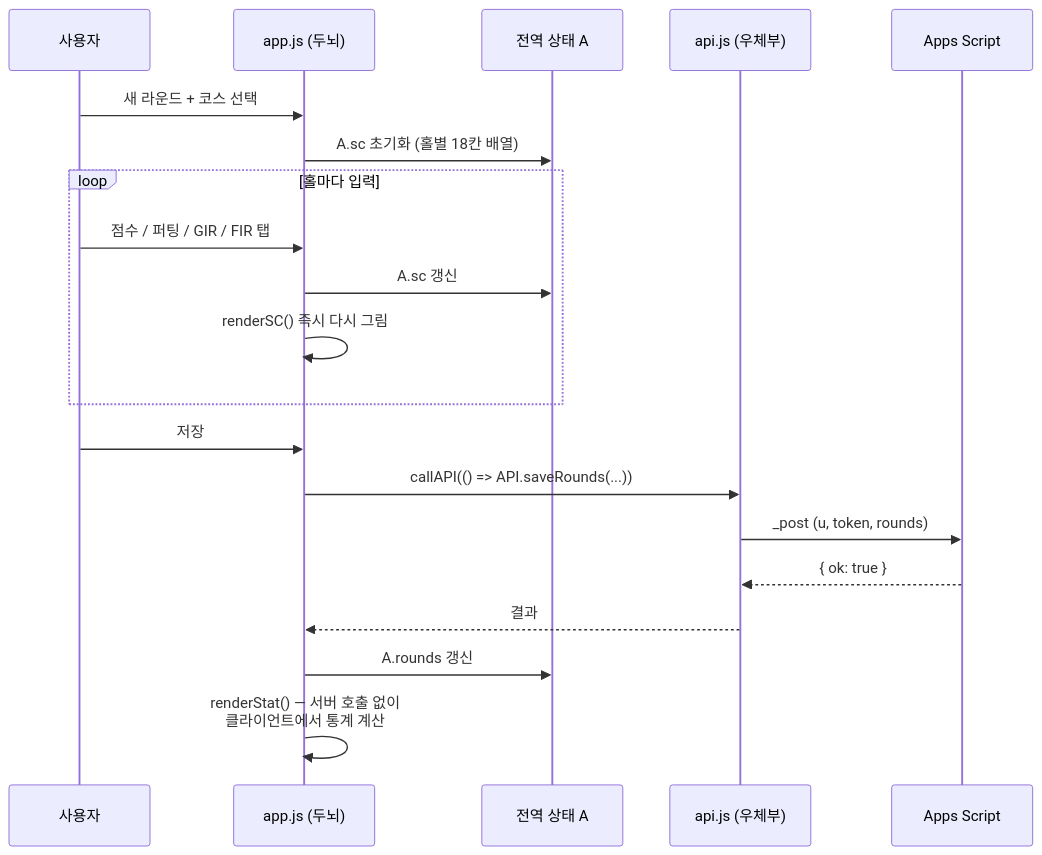
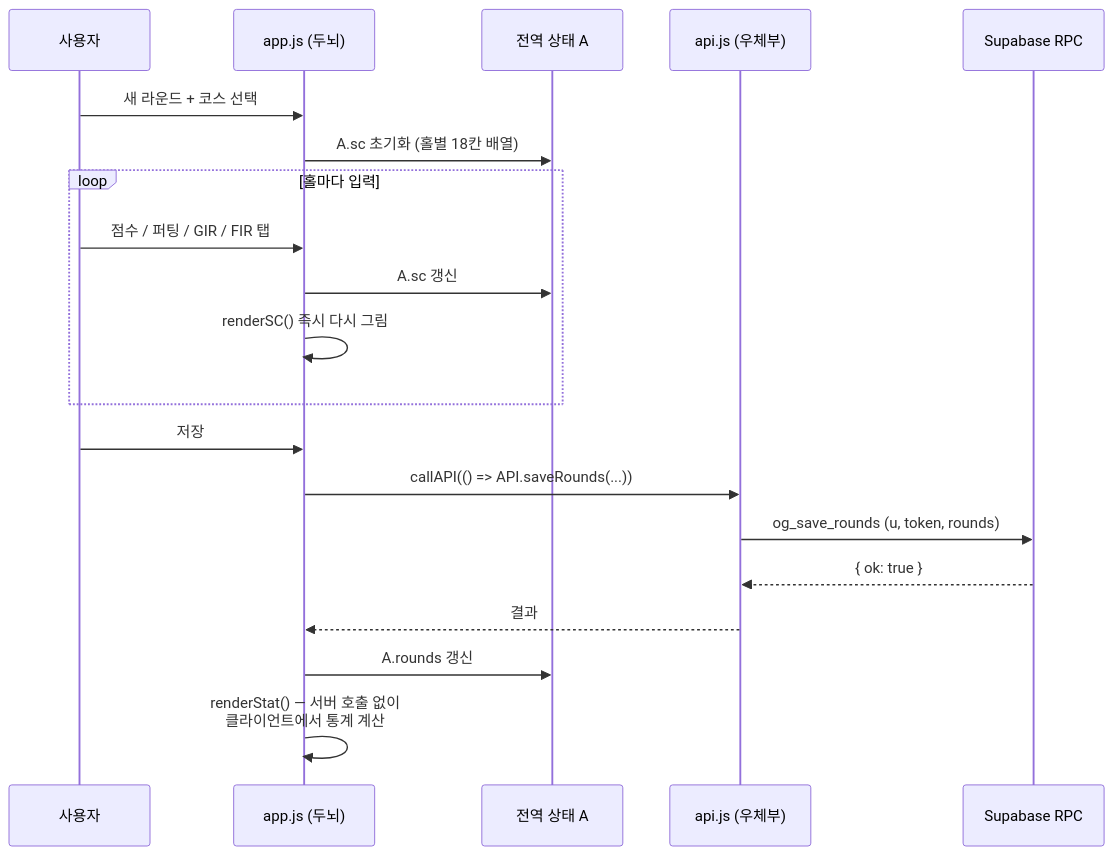
One commit to jaehkjang/ongreen changed the third of 4 diagrams in README.md. Above: the diagram before and after it, drawn with Mermaid. The commit also changed other lines of this file and 9 other files, not shown here.

First line of the commit message:
백엔드를 Google Apps Script + Sheet에서 Supabase로 전환 (속도 개선)

````diff
--- a/README.md
+++ b/README.md
@@ -106,23 +108,23 @@
 ```mermaid
 sequenceDiagram
     participant U as 사용자
     participant APP as app.js (두뇌)
     participant A as 전역 상태 A
     participant API as api.js (우체부)
-    participant GAS as Apps Script
+    participant DB as Supabase RPC
 
     U->>APP: 새 라운드 + 코스 선택
     APP->>A: A.sc 초기화 (홀별 18칸 배열)
     loop 홀마다 입력
         U->>APP: 점수 / 퍼팅 / GIR / FIR 탭
         APP->>A: A.sc 갱신
         APP->>APP: renderSC() 즉시 다시 그림
     end
     U->>APP: 저장
     APP->>API: callAPI(() => API.saveRounds(...))
-    API->>GAS: _post (u, token, rounds)
-    GAS-->>API: { ok: true }
+    API->>DB: og_save_rounds (u, token, rounds)
+    DB-->>API: { ok: true }
     API-->>APP: 결과
     APP->>A: A.rounds 갱신
     APP->>APP: renderStat() — 서버 호출 없이<br/>클라이언트에서 통계 계산
 ```
````
